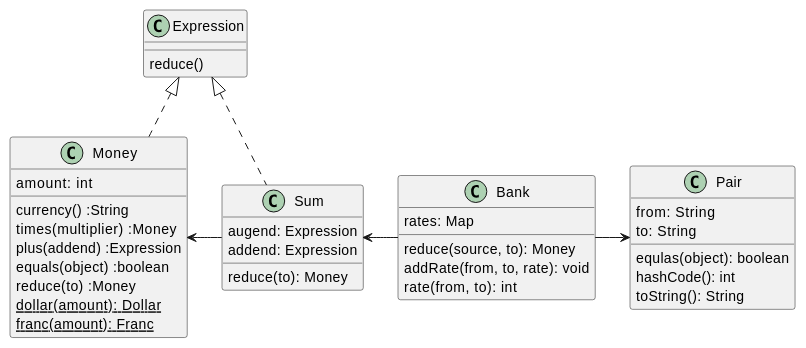
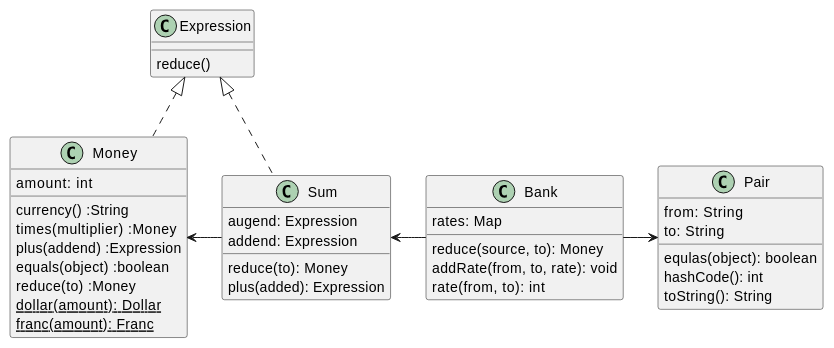
One commit to hiroshima-arc/pragmatic_programing changed the diagram in docs/src/spec/the_money_example.adoc. Above: the diagram before and after it, drawn with PlantUML. The commit also changed other lines of this file and 3 other files, not shown here.

```diff
--- a/docs/src/spec/the_money_example.adoc
+++ b/docs/src/spec/the_money_example.adoc
@@ -52,39 +54,40 @@
 [plantuml]
 ----
 class Expression {
   reduce()
 }
 class Sum {
   augend: Expression
   addend: Expression
   reduce(to): Money
+  plus(added): Expression
 }
 class Bank {
   rates: Map
   reduce(source, to): Money
   addRate(from, to, rate): void
   rate(from, to): int
 }
 class Pair {
   from: String
   to: String
   equlas(object): boolean
   hashCode(): int
   toString(): String
 }
 class Money {
   amount: int
   currency() :String
   times(multiplier) :Money
   plus(addend) :Expression
   equals(object) :boolean
   reduce(to) :Money
   {static} dollar(amount): Dollar
   {static} franc(amount): Franc
 }
 Expression <|.. Money
 Expression <|.. Sum
 Money <- Sum
 Sum <- Bank
 Bank -> Pair
 ----
```
